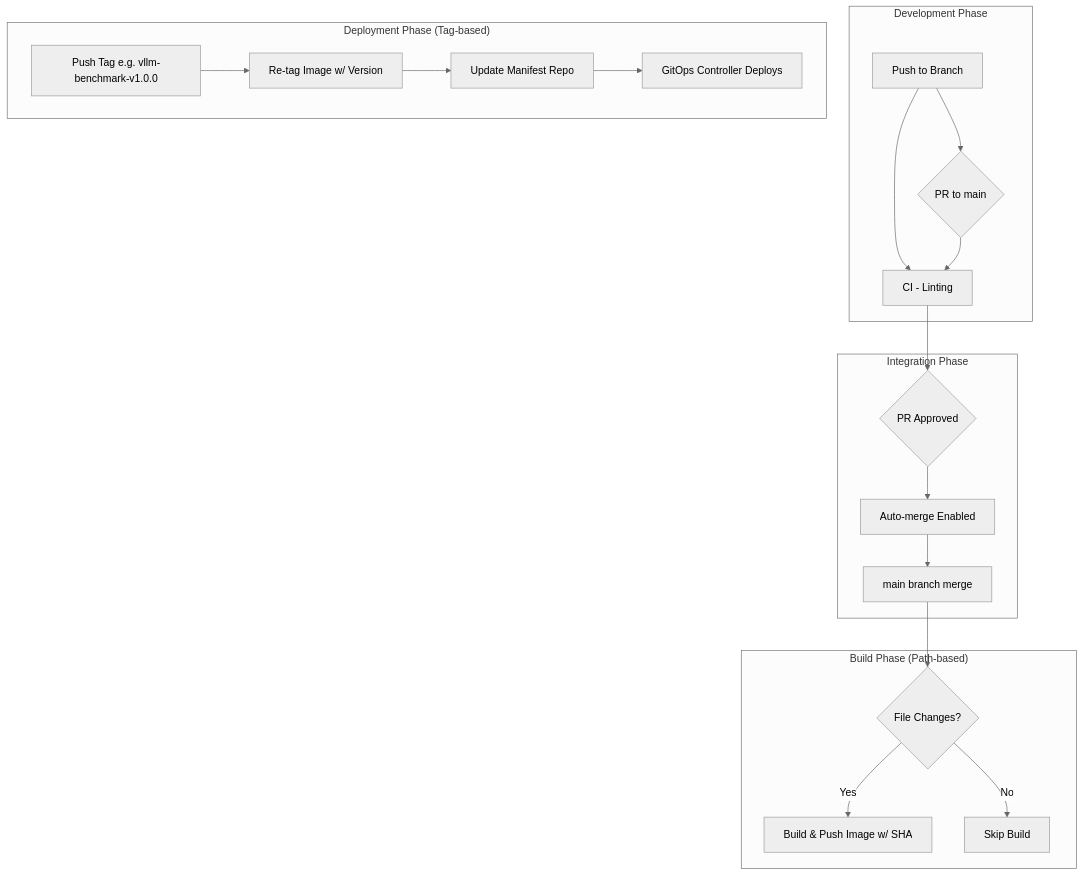
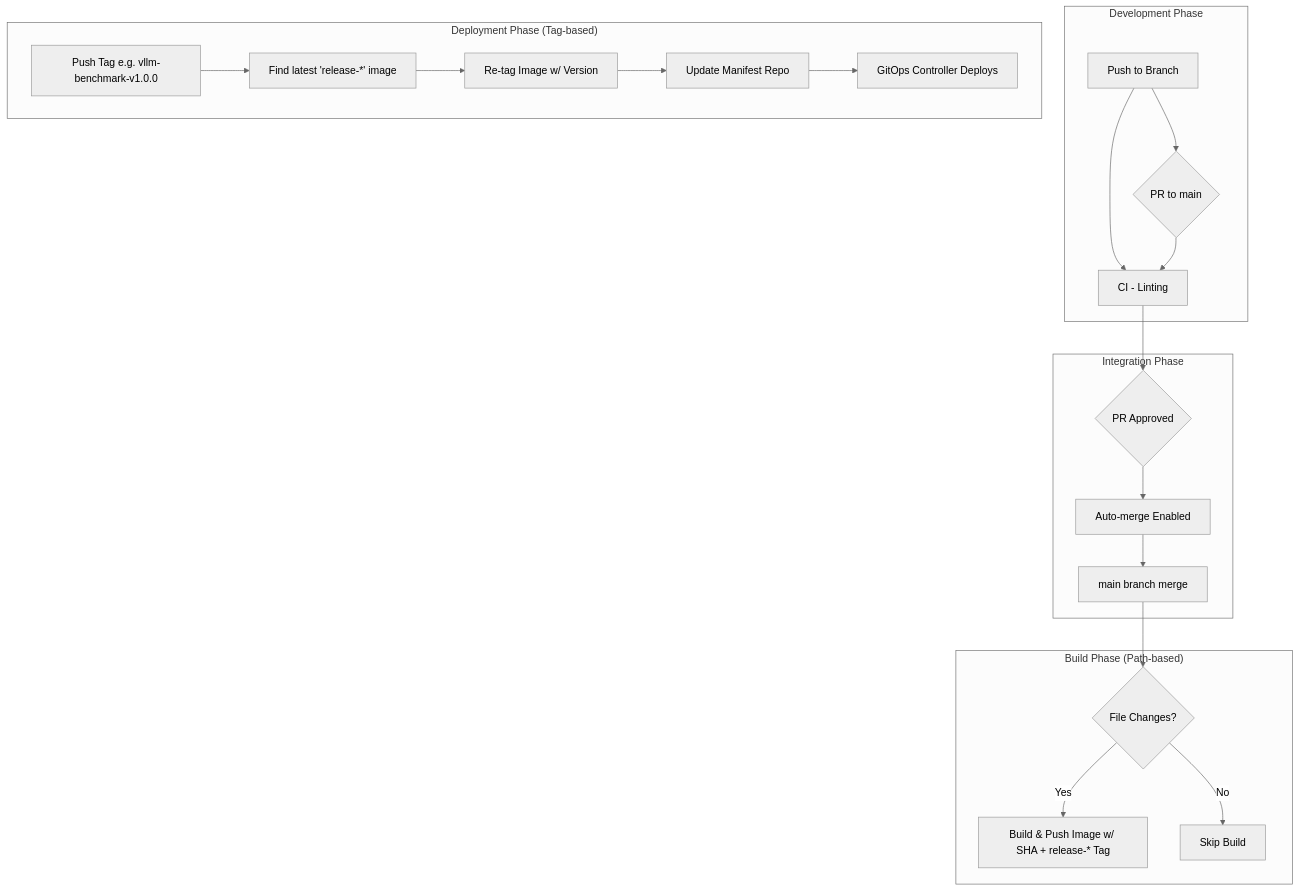
Before and after one commit to ThakiCloud/vllm-eval-public: the diagram in CI_CD_GUIDE.md, drawn with Mermaid (neutral theme). The commit also changed other lines of this file and 3 other files, not shown here.

````diff
--- a/CI_CD_GUIDE.md
+++ b/CI_CD_GUIDE.md
@@ -26,27 +26,28 @@
 ```mermaid
 graph TD
     subgraph "Development Phase"
         A[Push to Branch] --> B{PR to main};
         A --> CI;
         B --> CI[CI - Linting];
     end
 
     subgraph "Integration Phase"
         C{PR Approved} --> D[Auto-merge Enabled];
         D --> E[main branch merge];
     end
     
     subgraph "Build Phase (Path-based)"
         E --> F{File Changes?}
-        F -- Yes --> G[Build & Push Image w/ SHA];
+        F -- Yes --> G[Build & Push Image w/ SHA + release-* Tag];
         F -- No --> H[Skip Build];
     end
 
     subgraph "Deployment Phase (Tag-based)"
-        I[Push Tag e.g. vllm-benchmark-v1.0.0] --> J[Re-tag Image w/ Version];
-        J --> K[Update Manifest Repo];
-        K --> L[GitOps Controller Deploys];
+        I[Push Tag e.g. vllm-benchmark-v1.0.0] --> J[Find latest 'release-*' image];
+        J --> K[Re-tag Image w/ Version];
+        K --> L[Update Manifest Repo];
+        L --> M[GitOps Controller Deploys];
     end
 
     CI --> C;
 ```
````
